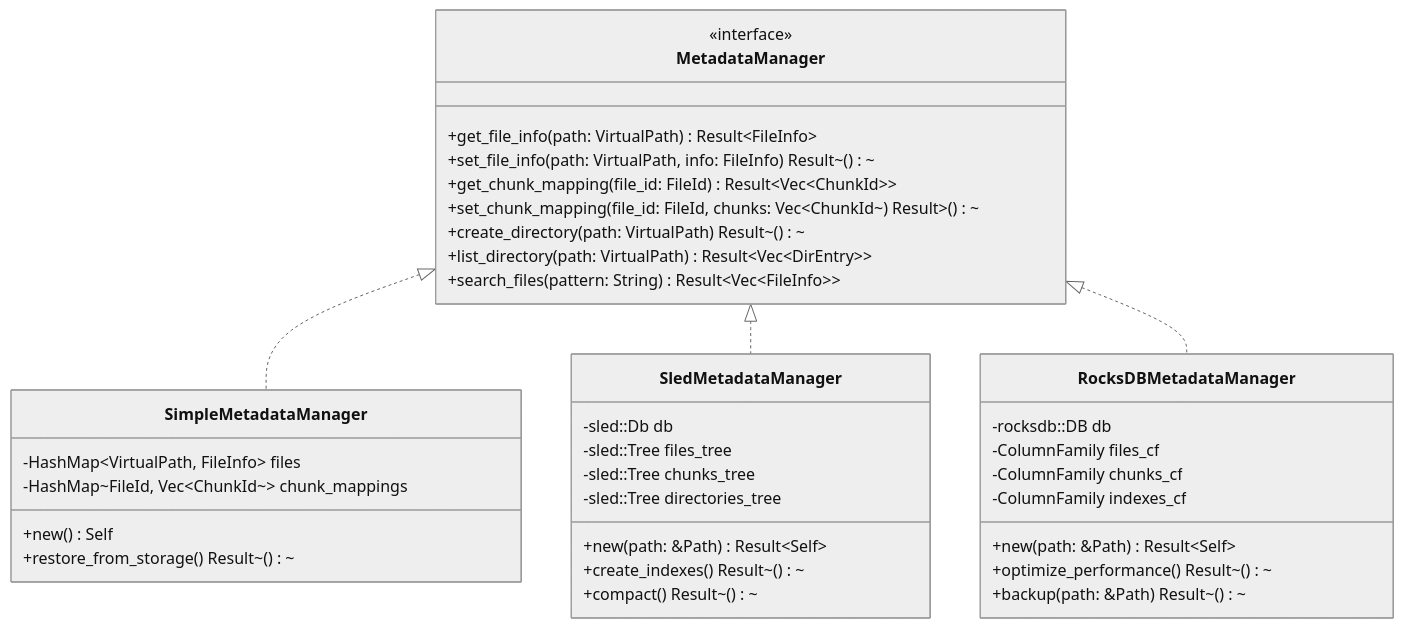
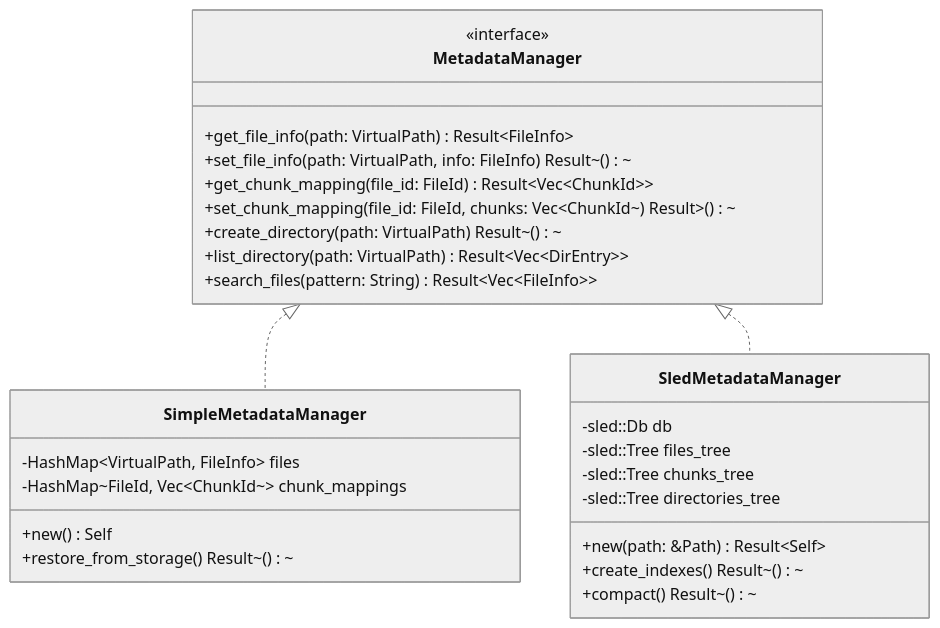
The ninth of 19 diagrams in docs/CORE_ARCHITECTURE.md (Gyangu/librorum), drawn with Mermaid (neutral theme) before and after one commit. The commit also changed other lines of this file and 4 other files, not shown here.

````diff
--- a/docs/CORE_ARCHITECTURE.md
+++ b/docs/CORE_ARCHITECTURE.md
@@ -407,47 +405,36 @@
 ```mermaid
 classDiagram
     class MetadataManager {
         <<interface>>
         +get_file_info(path: VirtualPath) Result~FileInfo~
         +set_file_info(path: VirtualPath, info: FileInfo) Result~()~
         +get_chunk_mapping(file_id: FileId) Result~Vec~ChunkId~~
         +set_chunk_mapping(file_id: FileId, chunks: Vec~ChunkId~) Result~()~
         +create_directory(path: VirtualPath) Result~()~
         +list_directory(path: VirtualPath) Result~Vec~DirEntry~~
         +search_files(pattern: String) Result~Vec~FileInfo~~
     }
 
     class SimpleMetadataManager {
         -HashMap~VirtualPath, FileInfo~ files
         -HashMap~FileId, Vec~ChunkId~~ chunk_mappings
         
         +new() Self
         +restore_from_storage() Result~()~
     }
 
     class SledMetadataManager {
         -sled::Db db
         -sled::Tree files_tree
         -sled::Tree chunks_tree
         -sled::Tree directories_tree
         
         +new(path: &Path) Result~Self~
         +create_indexes() Result~()~
         +compact() Result~()~
     }
 
-    class RocksDBMetadataManager {
-        -rocksdb::DB db
-        -ColumnFamily files_cf
-        -ColumnFamily chunks_cf
-        -ColumnFamily indexes_cf
-        
-        +new(path: &Path) Result~Self~
-        +optimize_performance() Result~()~
-        +backup(path: &Path) Result~()~
-    }
 
     MetadataManager <|.. SimpleMetadataManager
     MetadataManager <|.. SledMetadataManager
-    MetadataManager <|.. RocksDBMetadataManager
 ```
````
